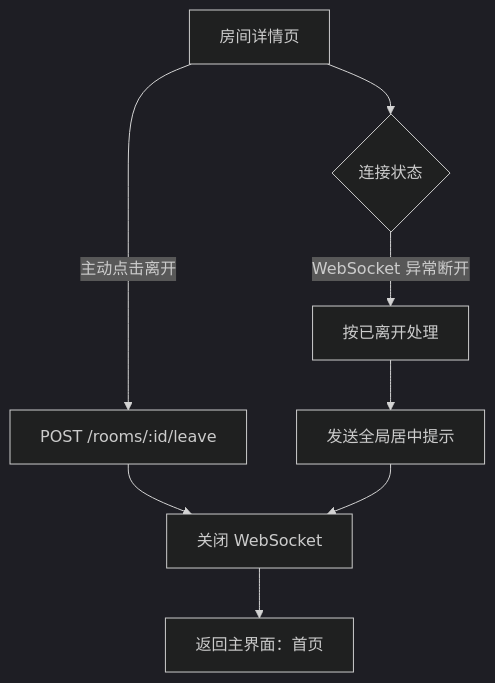
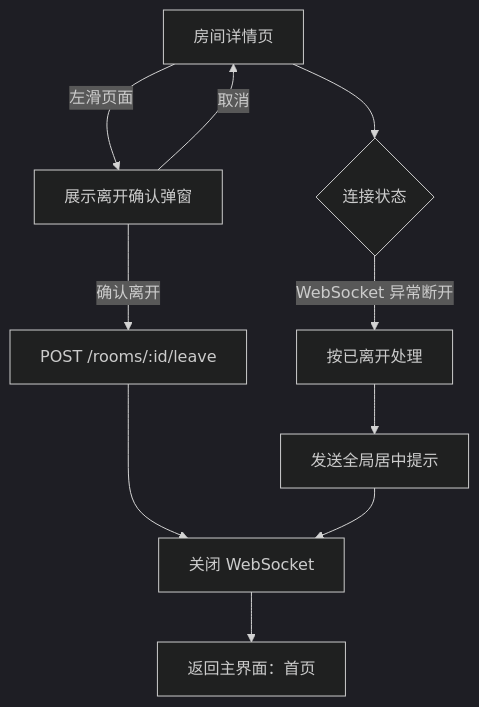
The sixth of 8 diagrams in docs/客户端逻辑设计.md (DancingCodes/room-app), drawn with Mermaid (dark theme) before and after one commit. The commit also changed other lines of this file and 7 other files, not shown here.

````diff
--- a/docs/客户端逻辑设计.md
+++ b/docs/客户端逻辑设计.md
@@ -107,11 +107,13 @@
 ```mermaid
 flowchart TD
     A[房间详情页] --> B{连接状态}
-    A -- 主动点击离开 --> C[POST /rooms/:id/leave]
-    C --> D[关闭 WebSocket]
-    D --> E[返回主界面：首页]
+    A -- 左滑页面 --> C[展示离开确认弹窗]
+    C -- 取消 --> A
+    C -- 确认离开 --> D[POST /rooms/:id/leave]
+    D --> E[关闭 WebSocket]
+    E --> F[返回主界面：首页]
 
-    B -- WebSocket 异常断开 --> F[按已离开处理]
-    F --> G[发送全局居中提示]
-    G --> D
+    B -- WebSocket 异常断开 --> G[按已离开处理]
+    G --> H[发送全局居中提示]
+    H --> E
 ```
````
